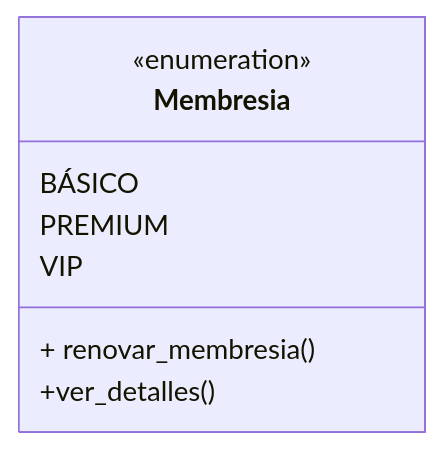
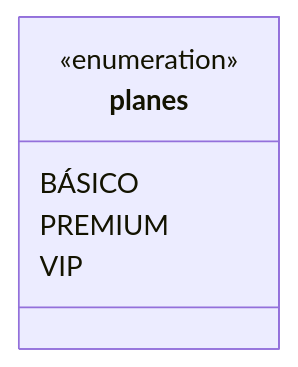
One commit to toonchavez8/Unir-Notes changed the fifth of 7 diagrams in Maestría-Ingeniería-de-Software/02-Metologias-Desarollo-y-Calidad/Actividades/Actividad_01_Miguel_DeJesus_Chavez_Barragan.md. Above: the diagram before and after it, drawn with Mermaid. The commit also changed other lines of this file and 3 other files, not shown here.

````diff
--- a/Maestría-Ingeniería-de-Software/02-Metologias-Desarollo-y-Calidad/Actividades/Actividad_01_Miguel_DeJesus_Chavez_Barragan.md
+++ b/Maestría-Ingeniería-de-Software/02-Metologias-Desarollo-y-Calidad/Actividades/Actividad_01_Miguel_DeJesus_Chavez_Barragan.md
@@ -213,11 +287,9 @@
 ```mermaid
 classDiagram 
- class Membresia {
+ class planes {
      <<enumeration>>
      BÁSICO
      PREMIUM
      VIP
-     + renovar_membresia()
-     +ver_detalles()
  }
 ```
````
